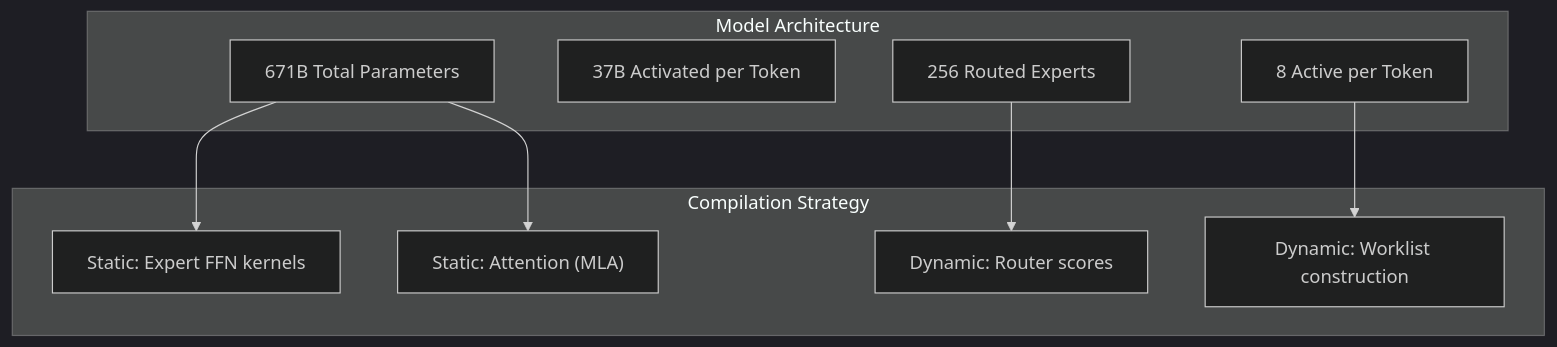
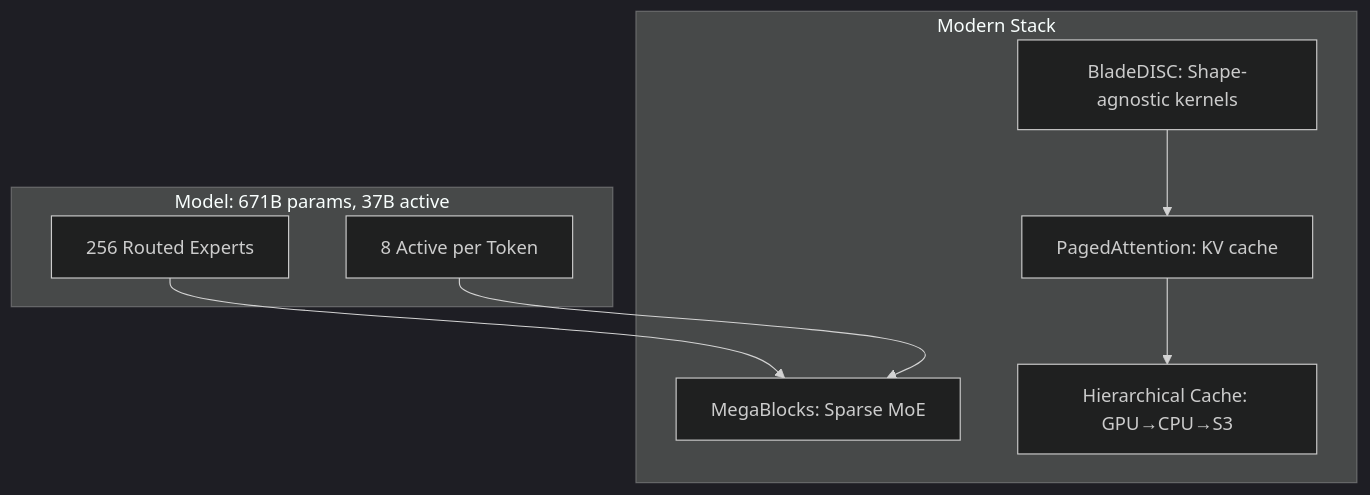
The ninth of 10 diagrams in dynamic-shapes.md (srikantharun/srikantharun.github.io), drawn with Mermaid (dark theme) before and after one commit. The commit also changed other lines of this file, not shown here.

First line of the commit message:
docs: update dynamic shapes blog with 2025 techniques

````diff
--- a/dynamic-shapes.md
+++ b/dynamic-shapes.md
@@ -335,21 +408,19 @@
 ```mermaid
 graph TD
-    subgraph "Model Architecture"
-        P["671B Total Parameters"]
-        A["37B Activated per Token"]
-        E["256 Routed Experts"]
+    subgraph "Model: 671B params, 37B active"
+        P["256 Routed Experts"]
         K["8 Active per Token"]
     end
 
-    subgraph "Compilation Strategy"
-        S1["Static: Expert FFN kernels"]
-        S2["Static: Attention (MLA)"]
-        D1["Dynamic: Router scores"]
-        D2["Dynamic: Worklist construction"]
+    subgraph "Modern Stack"
+        S1["BladeDISC: Shape-agnostic kernels"]
+        S2["PagedAttention: KV cache"]
+        S3["MegaBlocks: Sparse MoE"]
+        S4["Hierarchical Cache: GPU→CPU→S3"]
     end
 
-    P --> S1
-    P --> S2
-    E --> D1
-    K --> D2
+    P --> S3
+    K --> S3
+    S1 --> S2
+    S2 --> S4
 ```
````
